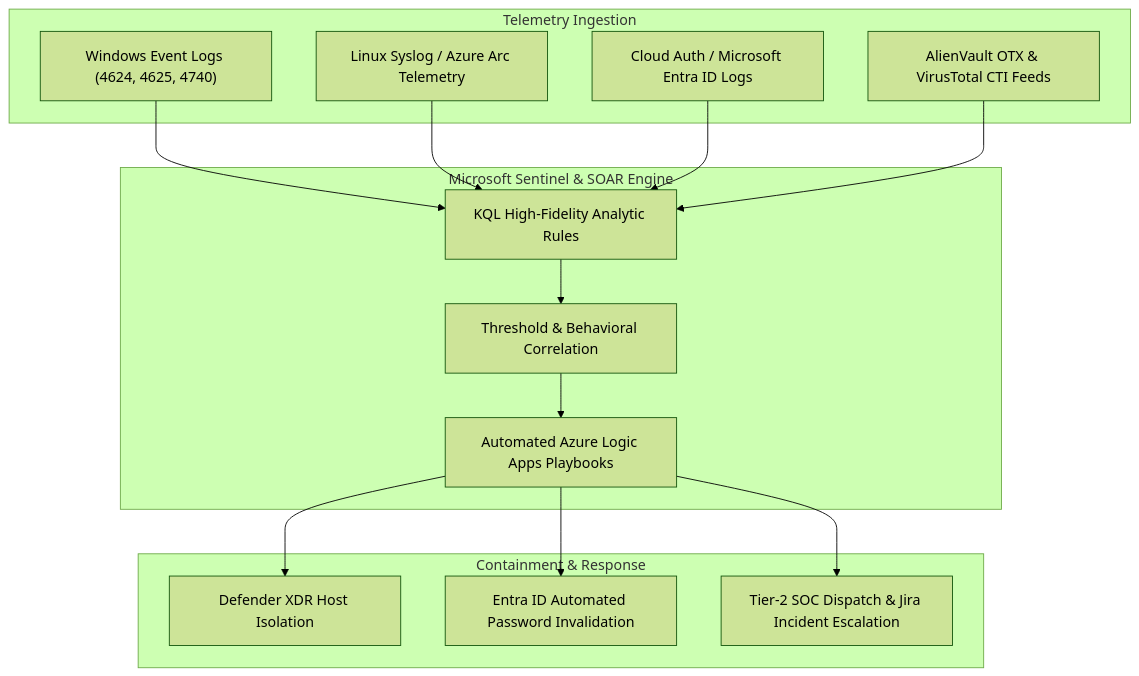
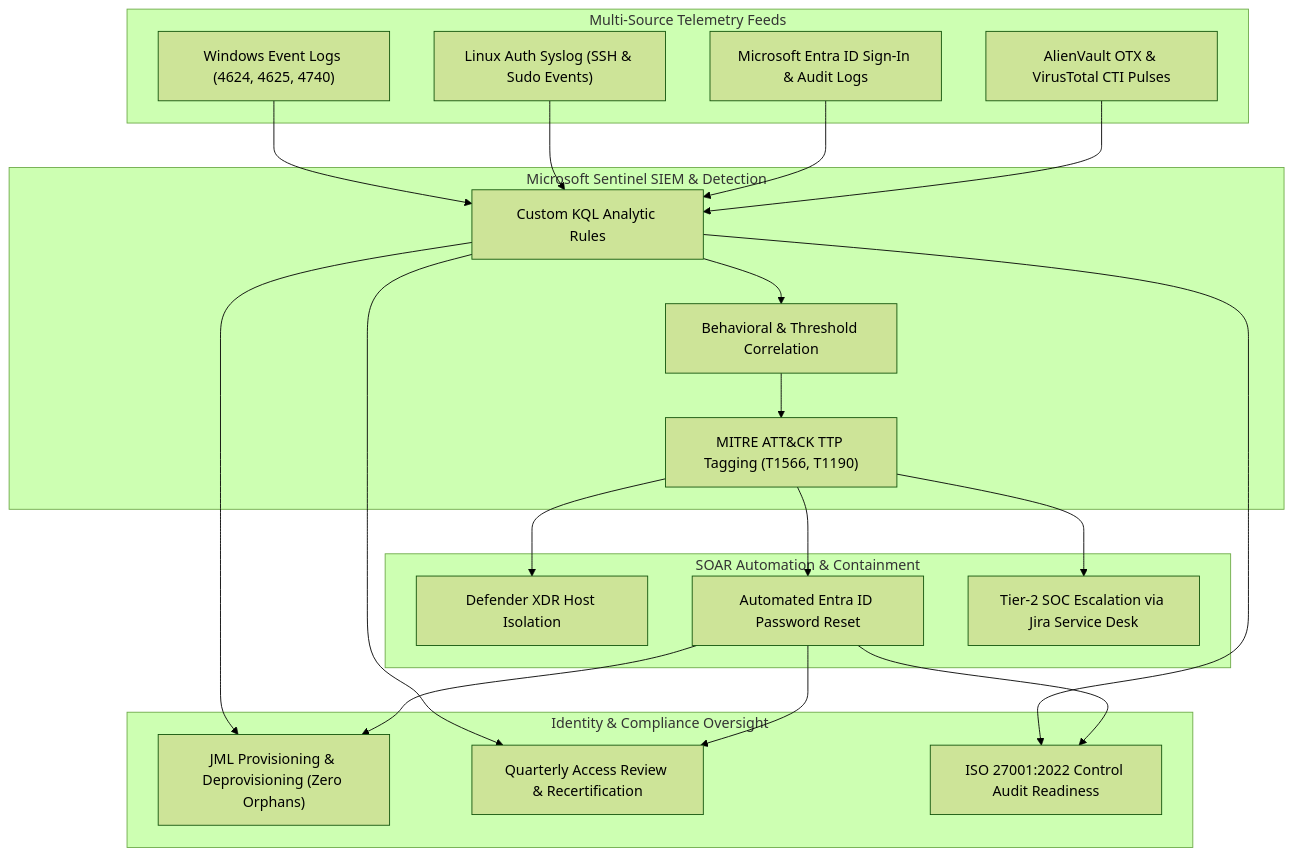
Before and after one commit to Adekunle-sec/cybersecurity-portfolio: the diagram in README.md, drawn with Mermaid (forest theme). The commit also changed other lines of this file and 4 other files, not shown here.

````diff
--- a/README.md
+++ b/README.md
@@ -58,23 +125,31 @@
 ```mermaid
 flowchart TD
-    subgraph Ingestion ["Telemetry Ingestion"]
+    subgraph Data_Feeds ["Multi-Source Telemetry Feeds"]
         A1["Windows Event Logs (4624, 4625, 4740)"]
-        A2["Linux Syslog / Azure Arc Telemetry"]
-        A3["Cloud Auth / Microsoft Entra ID Logs"]
-        A4["AlienVault OTX & VirusTotal CTI Feeds"]
+        A2["Linux Auth Syslog (SSH & Sudo Events)"]
+        A3["Microsoft Entra ID Sign-In & Audit Logs"]
+        A4["AlienVault OTX & VirusTotal CTI Pulses"]
     end
 
-    subgraph SIEM_SOAR ["Microsoft Sentinel & SOAR Engine"]
-        B1["KQL High-Fidelity Analytic Rules"]
-        B2["Threshold & Behavioral Correlation"]
-        B3["Automated Azure Logic Apps Playbooks"]
+    subgraph Analytics_Engine ["Microsoft Sentinel SIEM & Detection"]
+        B1["Custom KQL Analytic Rules"]
+        B2["Behavioral & Threshold Correlation"]
+        B3["MITRE ATT&CK TTP Tagging (T1566, T1190)"]
     end
 
-    subgraph Defense_Remediation ["Containment & Response"]
+    subgraph Response_Engine ["SOAR Automation & Containment"]
         C1["Defender XDR Host Isolation"]
-        C2["Entra ID Automated Password Invalidation"]
-        C3["Tier-2 SOC Dispatch & Jira Incident Escalation"]
+        C2["Automated Entra ID Password Reset"]
+        C3["Tier-2 SOC Escalation via Jira Service Desk"]
     end
 
-    A1 & A2 & A3 & A4 --> B1 --> B2 --> B3 --> C1 & C2 & C3
+    subgraph Governance_Layer ["Identity & Compliance Oversight"]
+        D1["JML Provisioning & Deprovisioning (Zero Orphans)"]
+        D2["Quarterly Access Review & Recertification"]
+        D3["ISO 27001:2022 Control Audit Readiness"]
+    end
+
+    A1 & A2 & A3 & A4 --> B1 --> B2 --> B3
+    B3 --> C1 & C2 & C3
+    B1 & C2 --> D1 & D2 & D3
 ```
````
